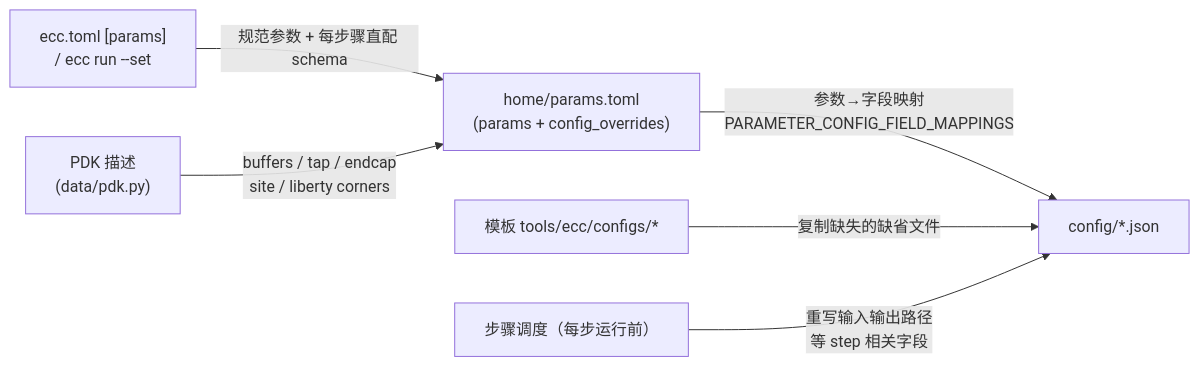
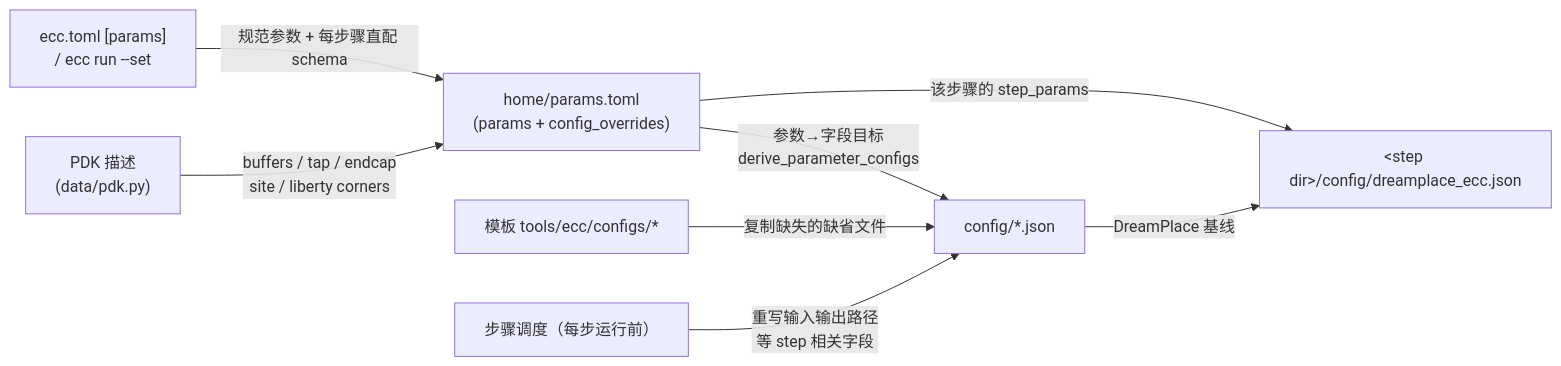
One commit to openecos-projects/ecc changed the diagram in chipcompiler/docs/ecc-config-ref.cn.md. Above: the diagram before and after it, drawn with Mermaid. The commit also changed other lines of this file and 3 other files, not shown here.

First line of the commit message:
docs: describe per-step DreamPlace configs and parameter values

````diff
--- a/chipcompiler/docs/ecc-config-ref.cn.md
+++ b/chipcompiler/docs/ecc-config-ref.cn.md
@@ -57,8 +57,10 @@
 ```mermaid
 graph LR
     A["ecc.toml [params]<br/>/ ecc run --set"] -->|"规范参数 + 每步骤直配 schema"| B["home/params.toml<br/>(params + config_overrides)"]
     C["PDK 描述<br/>(data/pdk.py)"] -->|"buffers / tap / endcap<br/>site / liberty corners"| B
-    B -->|"参数→字段映射<br/>PARAMETER_CONFIG_FIELD_MAPPINGS"| D["config/*.json"]
+    B -->|"参数→字段目标<br/>derive_parameter_configs"| D["config/*.json"]
+    B -->|"该步骤的 step_params"| G["&lt;step dir&gt;/config/dreamplace_ecc.json"]
+    D -->|"DreamPlace 基线"| G
     E["模板 tools/ecc/configs/*"] -->|复制缺失的缺省文件| D
     F["步骤调度（每步运行前）"] -->|"重写输入输出路径<br/>等 step 相关字段"| D
 ```
````
